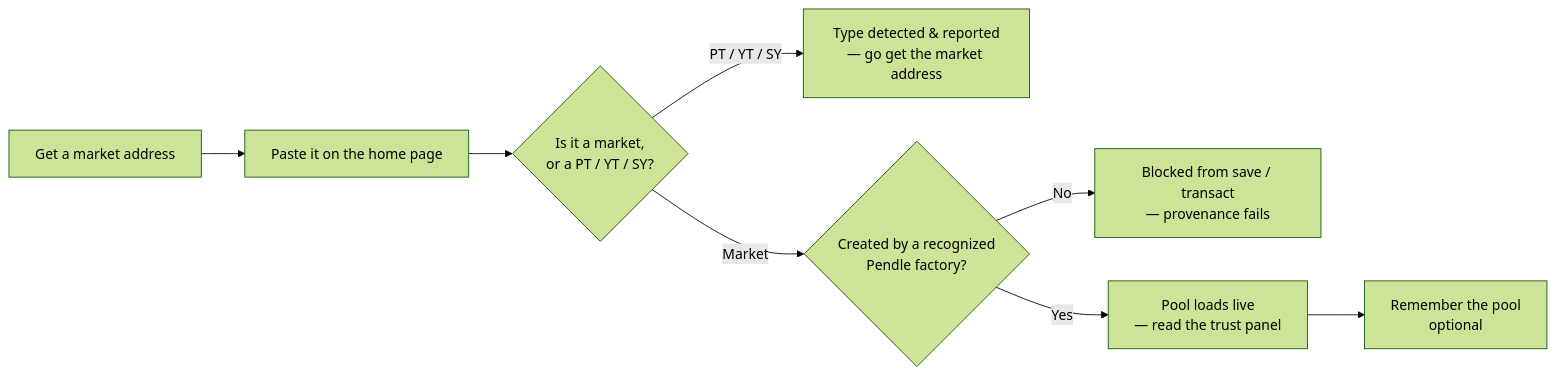
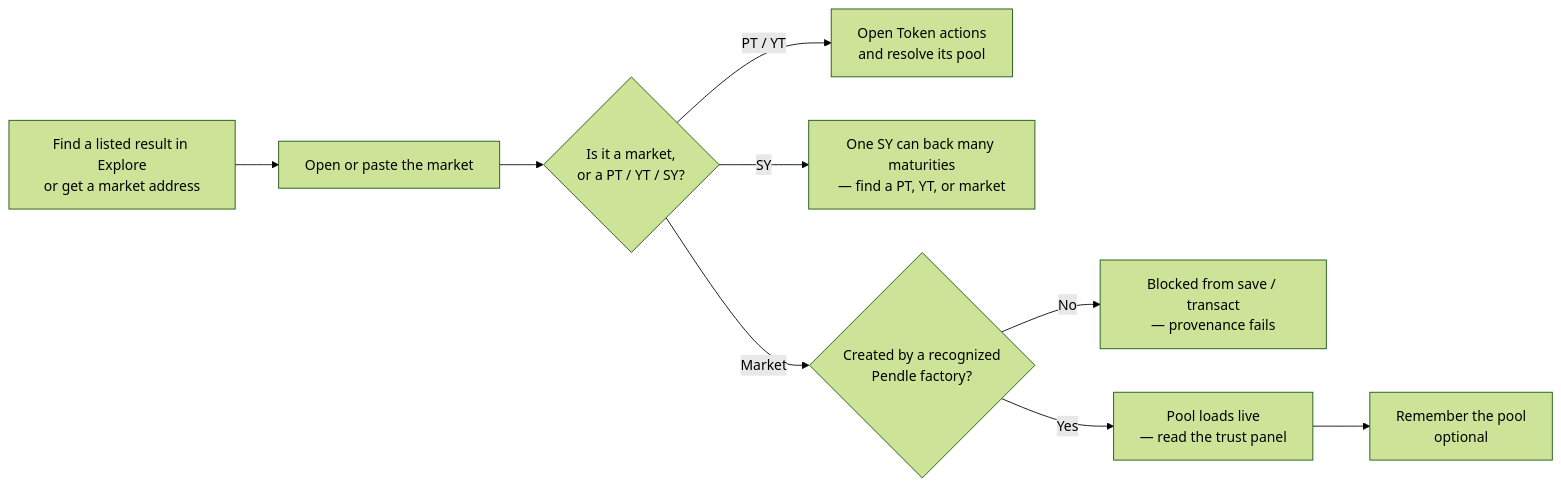
The diagram in docs-site/guides/opening-a-pool.md (ggmatch-mod/open-pendle), drawn with Mermaid (forest theme) before and after one commit. The commit also changed other lines of this file and 41 other files, not shown here.

````diff
--- a/docs-site/guides/opening-a-pool.md
+++ b/docs-site/guides/opening-a-pool.md
@@ -13,10 +13,11 @@
 ```mermaid
 flowchart LR
-  A[Get a market address] --> B[Paste it on the home page]
+  A[Find a listed result in Explore<br/>or get a market address] --> B[Open or paste the market]
   B --> C{Is it a market,<br/>or a PT / YT / SY?}
-  C -->|PT / YT / SY| R[Type detected & reported<br/>— go get the market address]
+  C -->|PT / YT| R[Open Token actions<br/>and resolve its pool]
+  C -->|SY| S[One SY can back many maturities<br/>— find a PT, YT, or market]
   C -->|Market| D{Created by a recognized<br/>Pendle factory?}
   D -->|No| X[Blocked from save / transact<br/>— provenance fails]
   D -->|Yes| E[Pool loads live<br/>— read the trust panel]
   E --> F[Remember the pool<br/>optional]
 ```
````
